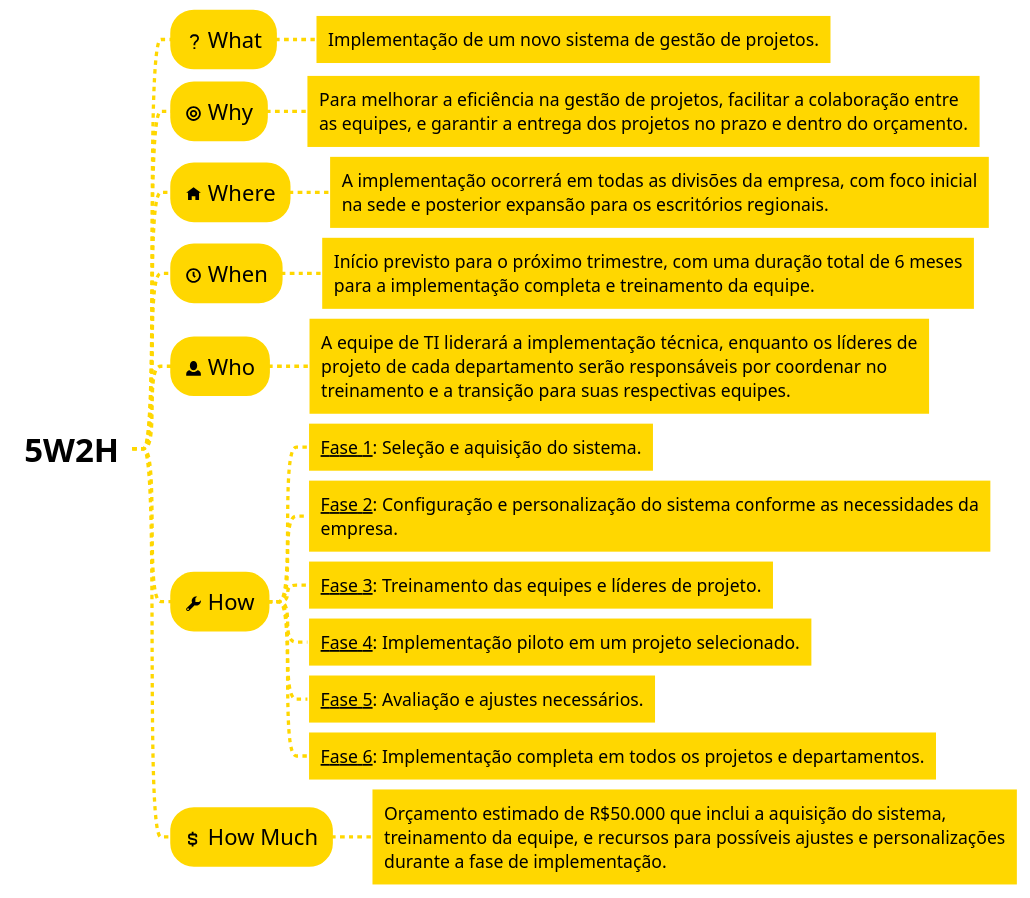
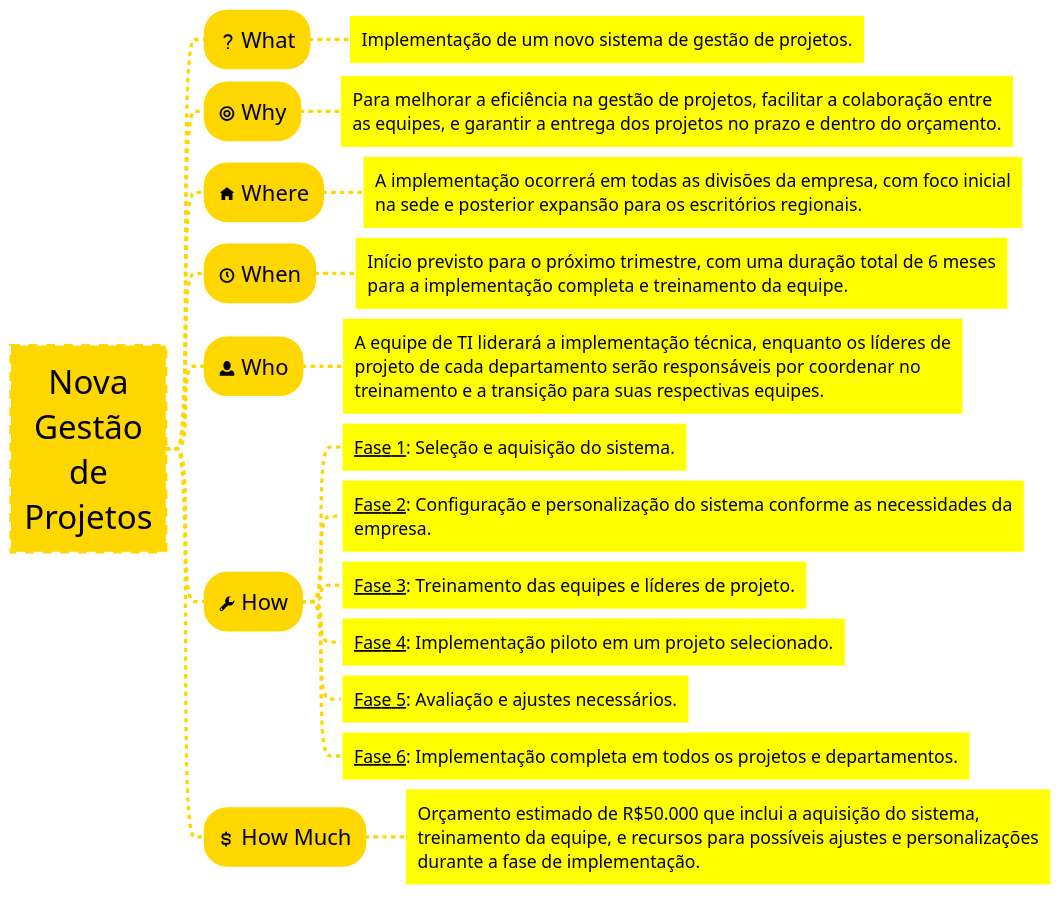
One commit to GiovaniPM/MyCourses changed the fifth of 7 diagrams in Kanban/Cards.md. Above: the diagram before and after it, drawn with PlantUML. The commit also changed other lines of this file and 1 other file, not shown here.

Commit message:
giova(LAPTOP-K5TUGPF) 241108183702

````diff
--- a/Kanban/Cards.md
+++ b/Kanban/Cards.md
@@ -302,63 +302,63 @@
 ```plantuml
 @startmindmap
 <style>
 node {
     BackgroundColor gold
     HorizontalAlignment center
     LineColor gold
     LineThickness 3.0
     Margin 3
     MaximumWidth 600
     Padding 12
     RoundCorner 40
     fontsize 20
 }
 
 rootNode {
-    BackgroundColor white
-    LineColor white
+    BackgroundColor gold
+    LineColor gold
     LineStyle 8.0;3.0
     LineThickness 1.0
     RoundCorner 0
     Shadowing 0.0
     fontsize 30
 }
 
 leafNode {
-    BackgroundColor gold
+    BackgroundColor yellow
     LineColor white
     HorizontalAlignment left
     Padding 12
     RoundCorner 0
     fontsize 16
 }
 
 arrow {
     ;LineStyle 4
     ;LineThickness 0.5
     LineColor gold
     LineThickness 3.0
 }
 </style>
-* **5W2H**
+* Nova\nGestão\nde\nProjetos
 ** <&question-mark> What
 *** Implementação de um novo sistema de gestão de projetos.
 ** <&target> Why
 *** Para melhorar a eficiência na gestão de projetos, facilitar a colaboração entre as equipes, e garantir a entrega dos projetos no prazo e dentro do orçamento.
 ** <&home> Where
 *** A implementação ocorrerá em todas as divisões da empresa, com foco inicial na sede e posterior expansão para os escritórios regionais.
 ** <&clock> When
 *** Início previsto para o próximo trimestre, com uma duração total de 6 meses para a implementação completa e treinamento da equipe.
 ** <&person> Who
 *** A equipe de TI liderará a implementação técnica, enquanto os líderes de projeto de cada departamento serão responsáveis por coordenar no treinamento e a transição para suas respectivas equipes.
 ** <&wrench> How
 *** __Fase 1__: Seleção e aquisição do sistema.
 *** __Fase 2__: Configuração e personalização do sistema conforme as necessidades da empresa.
 *** __Fase 3__: Treinamento das equipes e líderes de projeto.
 *** __Fase 4__: Implementação piloto em um projeto selecionado.
 *** __Fase 5__: Avaliação e ajustes necessários.
 *** __Fase 6__: Implementação completa em todos os projetos e departamentos.
 ** <&dollar> How Much
 *** Orçamento estimado de R$50.000 que inclui a aquisição do sistema, treinamento da equipe, e recursos para possíveis ajustes e personalizações durante a fase de implementação.
 @endmindmap
 ```
````
